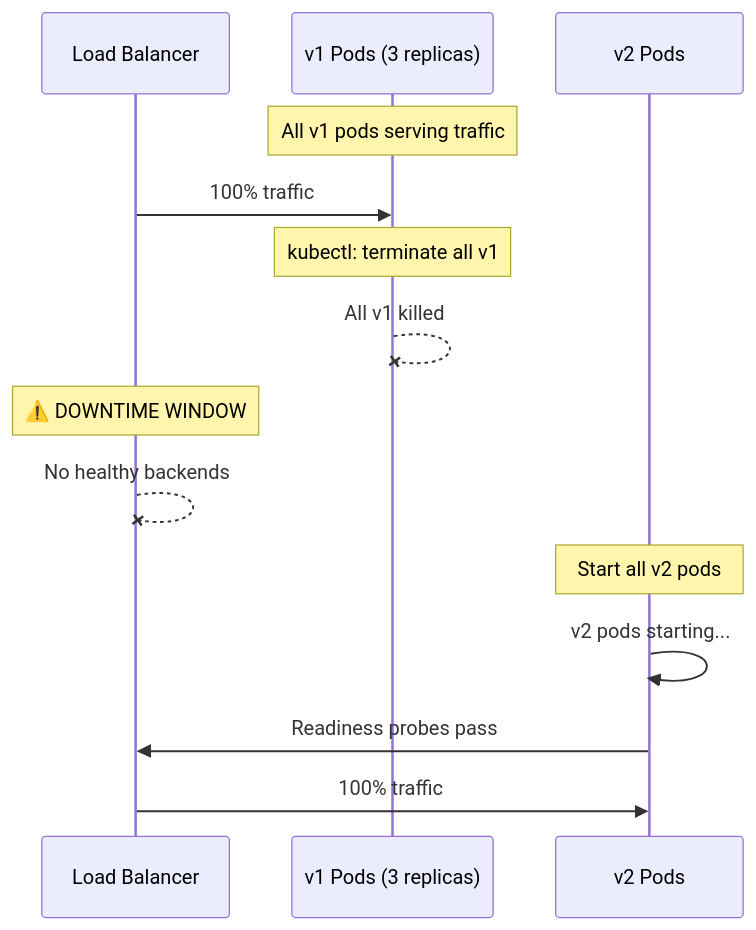
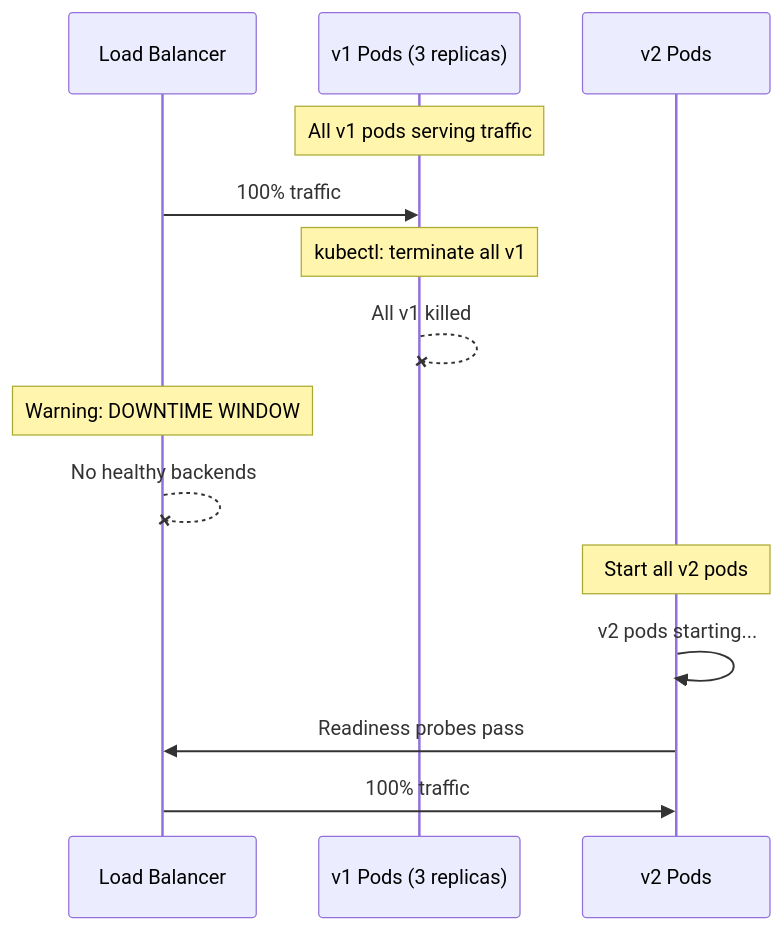
One commit to billywr/system-design changed the tenth of 48 diagrams in 09-infrastructure/32-cicd-deployment-strategies.md. Above: the diagram before and after it, drawn with Mermaid. The commit also changed other lines of this file and 39 other files, not shown here.

````diff
--- a/09-infrastructure/32-cicd-deployment-strategies.md
+++ b/09-infrastructure/32-cicd-deployment-strategies.md
@@ -332,20 +332,20 @@
 ```mermaid
 sequenceDiagram
     participant LB as Load Balancer
     participant OLD as v1 Pods (3 replicas)
     participant NEW as v2 Pods
 
     Note over OLD: All v1 pods serving traffic
     LB->>OLD: 100% traffic
 
     Note over OLD: kubectl: terminate all v1
     OLD--xOLD: All v1 killed
 
-    Note over LB: ⚠️ DOWNTIME WINDOW
+    Note over LB: Warning: DOWNTIME WINDOW
     LB--xLB: No healthy backends
 
     Note over NEW: Start all v2 pods
     NEW->>NEW: v2 pods starting...
     NEW->>LB: Readiness probes pass
     LB->>NEW: 100% traffic
 ```
````
